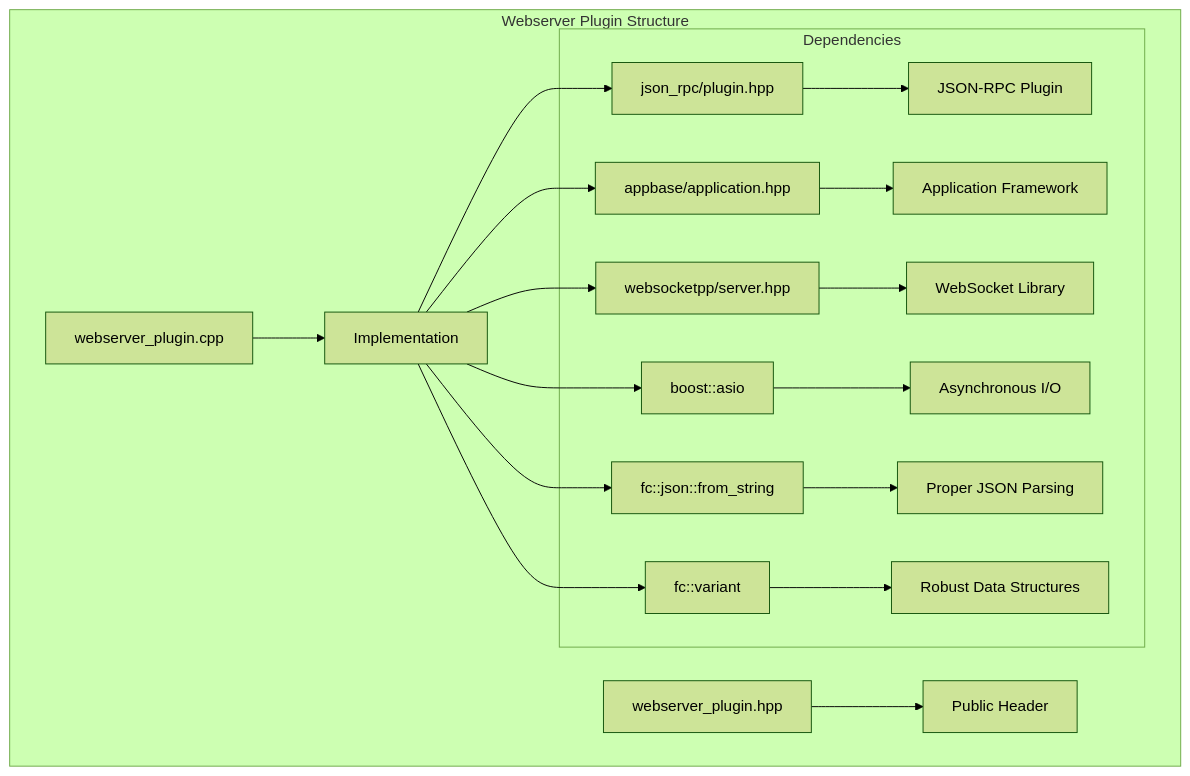
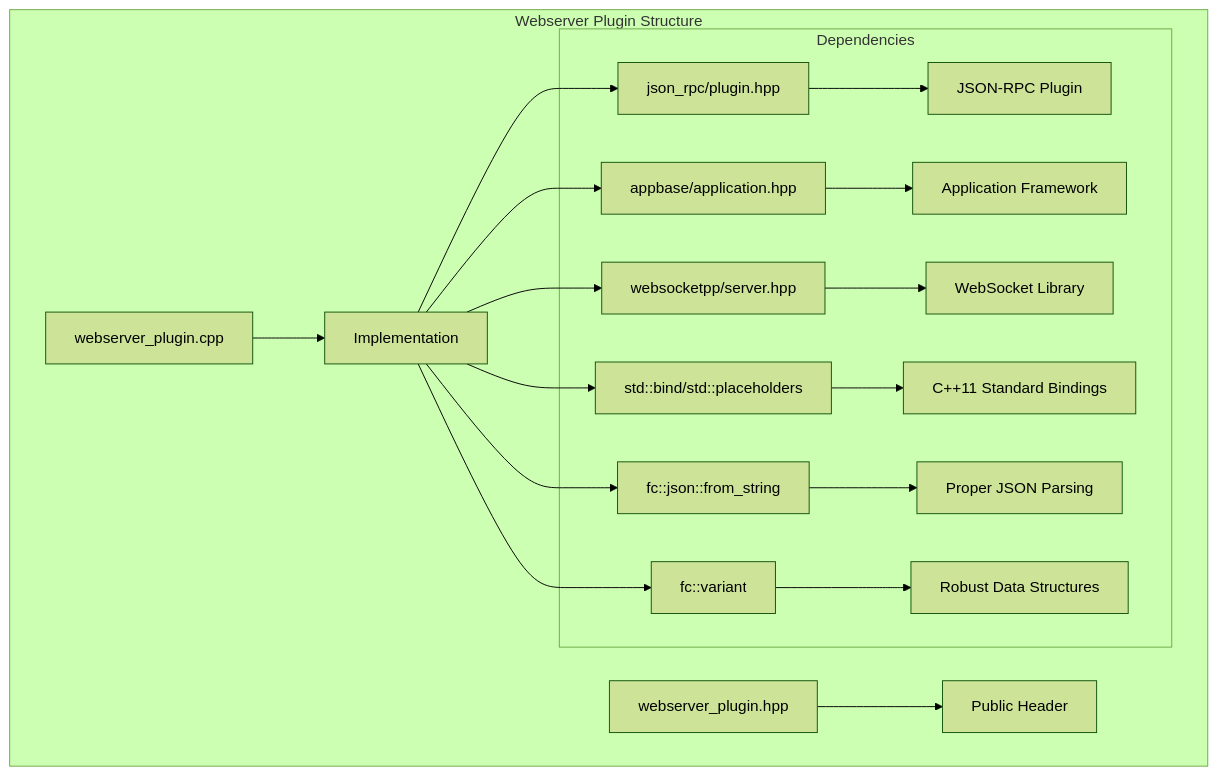
One commit to VIZ-Blockchain/viz-cpp-node changed the first of 13 diagrams in .qoder/repowiki/en/content/Webserver Plugin.md. Above: the diagram before and after it, drawn with Mermaid (forest theme). The commit also changed other lines of this file and 7 other files, not shown here.

````diff
--- a/.qoder/repowiki/en/content/Webserver Plugin.md
+++ b/.qoder/repowiki/en/content/Webserver Plugin.md
@@ -46,21 +47,21 @@
 ```mermaid
 graph TB
 subgraph "Webserver Plugin Structure"
 A[webserver_plugin.hpp] --> B[Public Header]
 C[webserver_plugin.cpp] --> D[Implementation]
 subgraph "Dependencies"
 E[json_rpc/plugin.hpp] --> F[JSON-RPC Plugin]
 G[appbase/application.hpp] --> H[Application Framework]
 I[websocketpp/server.hpp] --> J[WebSocket Library]
-K[boost::asio] --> L[Asynchronous I/O]
+K[std::bind/std::placeholders] --> L[C++11 Standard Bindings]
 M[fc::json::from_string] --> N[Proper JSON Parsing]
 O[fc::variant] --> P[Robust Data Structures]
 end
 D --> E
 D --> G
 D --> I
 D --> K
 D --> M
 D --> O
 end
 ```
````
